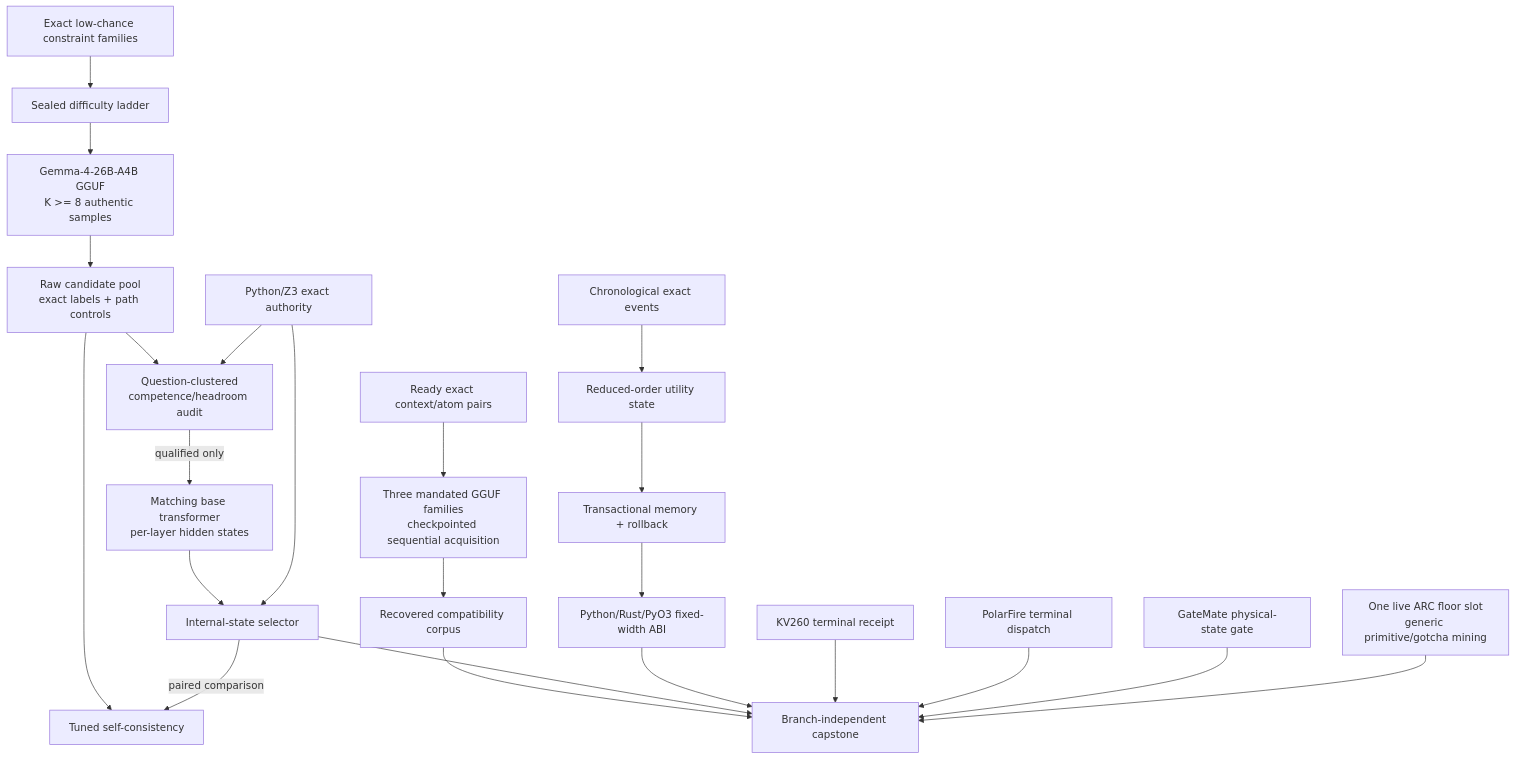
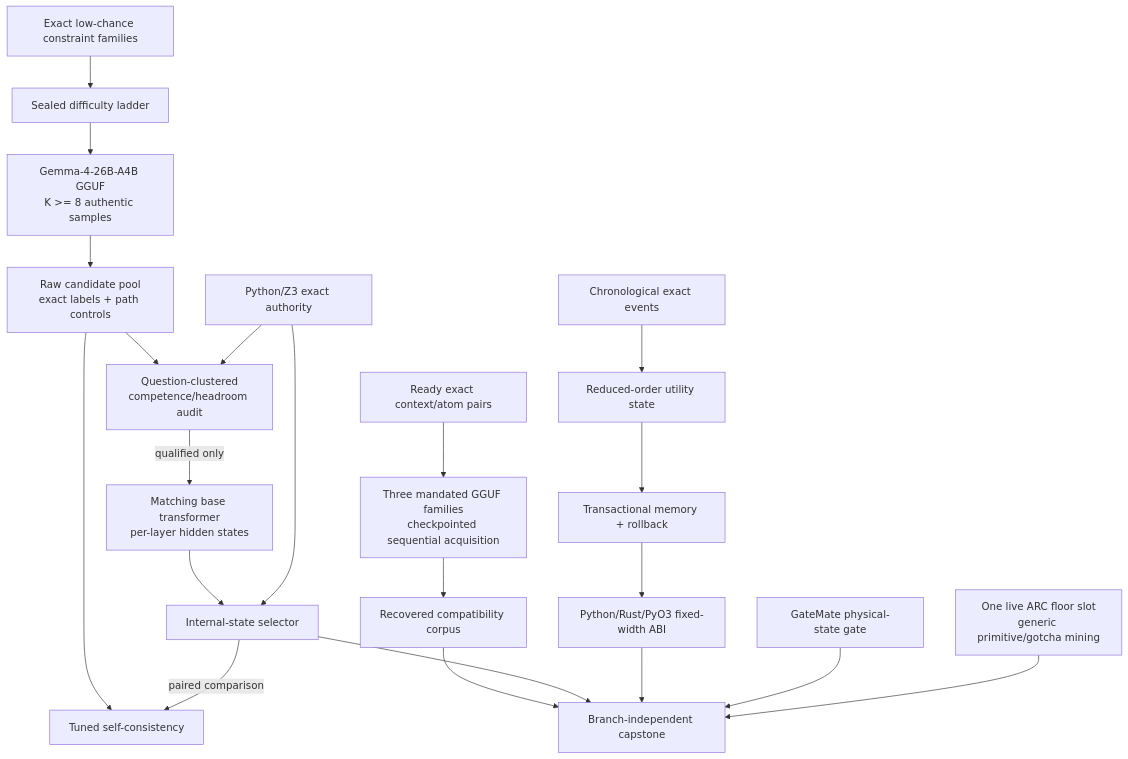
The diagram in openspec/change-proposals/research-roadmap-vNEXT.md (Carnot-EBM/carnot-ebm), drawn with Mermaid before and after one commit. The commit also changed other lines of this file and 5 other files, not shown here.

````diff
--- a/openspec/change-proposals/research-roadmap-vNEXT.md
+++ b/openspec/change-proposals/research-roadmap-vNEXT.md
@@ -102,45 +109,41 @@
 ```mermaid
 flowchart TD
     FIX[Exact low-chance constraint families]
     LADDER[Sealed difficulty ladder]
     GGUF[Gemma-4-26B-A4B GGUF\nK >= 8 authentic samples]
     POOL[Raw candidate pool\nexact labels + path controls]
     AUDIT[Question-clustered\ncompetence/headroom audit]
     BASE[Matching base transformer\nper-layer hidden states]
     SELECT[Internal-state selector]
     SC[Tuned self-consistency]
     EXACT[Python/Z3 exact authority]
 
     PAIR[Ready exact context/atom pairs]
     THREE[Three mandated GGUF families\ncheckpointed sequential acquisition]
     ATOMS[Recovered compatibility corpus]
 
     EVENTS[Chronological exact events]
     ROU[Reduced-order utility state]
     TX[Transactional memory + rollback]
     ABI[Python/Rust/PyO3 fixed-width ABI]
 
-    KV[KV260 terminal receipt]
-    PF[PolarFire terminal dispatch]
     GM[GateMate physical-state gate]
     ARC[One live ARC floor slot\ngeneric primitive/gotcha mining]
     CAP[Branch-independent capstone]
 
     FIX --> LADDER --> GGUF --> POOL --> AUDIT
     AUDIT -->|qualified only| BASE --> SELECT
     POOL --> SC
     EXACT --> AUDIT
     EXACT --> SELECT
     SELECT -->|paired comparison| SC
 
     PAIR --> THREE --> ATOMS
     EVENTS --> ROU --> TX --> ABI
 
     ATOMS --> CAP
     SELECT --> CAP
     ABI --> CAP
-    KV --> CAP
-    PF --> CAP
     GM --> CAP
     ARC --> CAP
 ```
````
